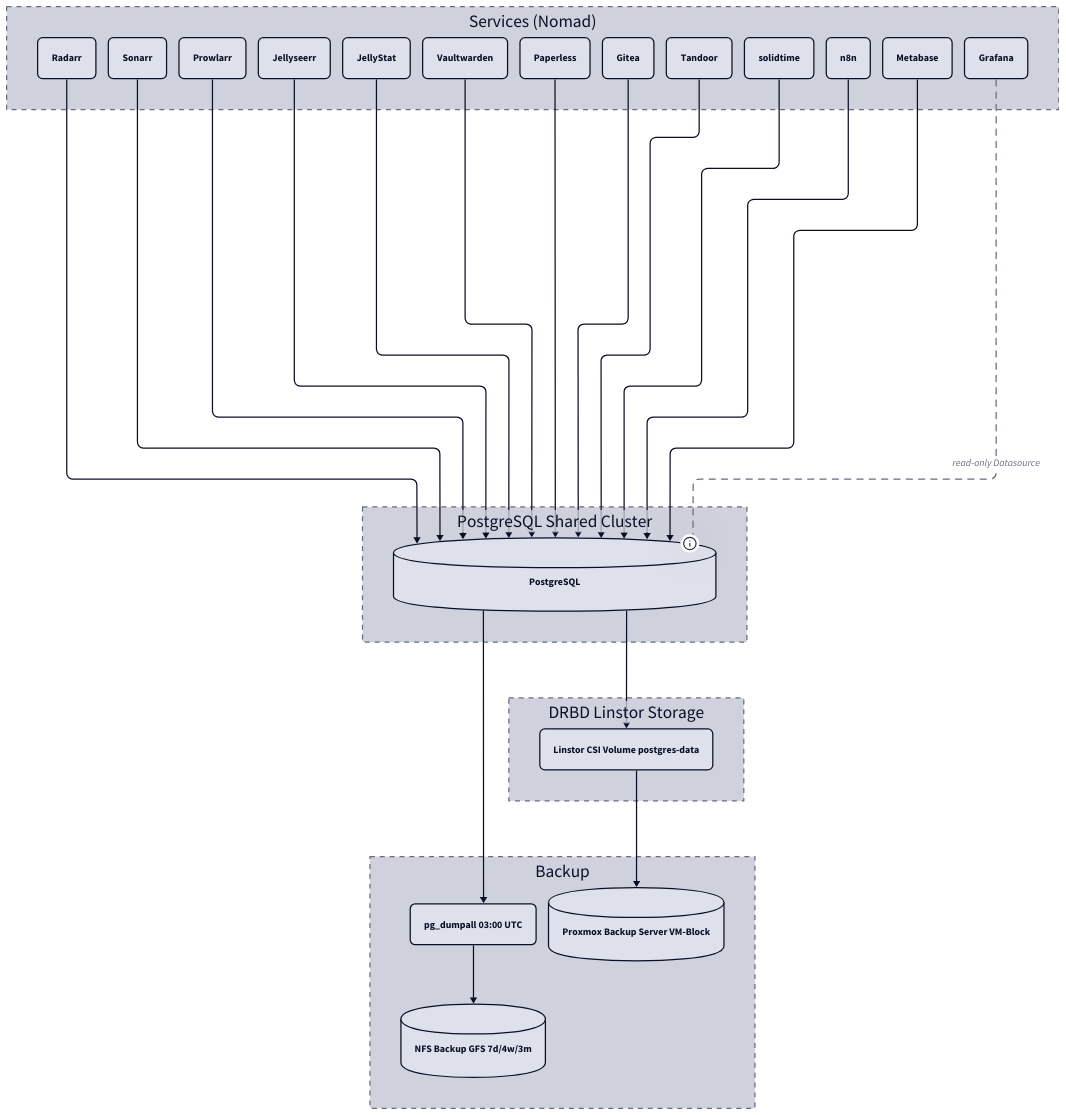
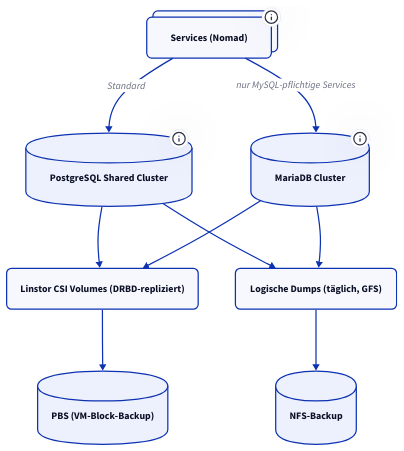
The first of 2 diagrams in docs/_querschnitt/datenbank-architektur.md (derever-labs/homelab-wiki), drawn with D2 before and after one commit. The commit also changed other lines of this file and 4 other files, not shown here.

First line of the commit message:
docs(querschnitt): Diagramme fuer TALA ueberarbeiten (Batch B1) (#102)

````diff
--- a/docs/_querschnitt/datenbank-architektur.md
+++ b/docs/_querschnitt/datenbank-architektur.md
@@ -27,66 +27,35 @@
 ```d2
 direction: down
-vars: {
-  d2-config: {
-    theme-id: 1
-    layout-engine: elk
-  }
+
+Services: "Services (Nomad)" {
+  style: { border-radius: 8; multiple: true }
+  tooltip: "Service-zu-Datenbank-Zuordnung: Referenz Datenbanken"
 }
 
-Services: Services (Nomad) {
-  style.stroke-dash: 4
-  RADAR: Radarr { style.border-radius: 8 }
-  SONAR: Sonarr { style.border-radius: 8 }
-  PROWL: Prowlarr { style.border-radius: 8 }
-  JSEER: Jellyseerr { style.border-radius: 8 }
-  JSTAT: JellyStat { style.border-radius: 8 }
-  VW: Vaultwarden { style.border-radius: 8 }
-  PL: Paperless { style.border-radius: 8 }
-  GT: Gitea { style.border-radius: 8 }
-  TD: Tandoor { style.border-radius: 8 }
-  ST: solidtime { style.border-radius: 8 }
-  N8N: n8n { style.border-radius: 8 }
-  MB: Metabase { style.border-radius: 8 }
-  GR: Grafana { style.border-radius: 8 }
+PG: "PostgreSQL Shared Cluster" {
+  shape: cylinder
+  style.border-radius: 8
+  tooltip: "postgres.service.consul:5432"
 }
 
-Database: PostgreSQL Shared Cluster {
-  style.stroke-dash: 4
-  PG: PostgreSQL {
-    shape: cylinder
-    tooltip: postgres.service.consul:5432
-    style.border-radius: 8
-  }
+MDB: "MariaDB Cluster" {
+  shape: cylinder
+  style.border-radius: 8
+  tooltip: "mariadb.service.consul:3306"
 }
 
-Storage: DRBD Linstor Storage {
-  style.stroke-dash: 4
-  DRBD: Linstor CSI Volume postgres-data { style.border-radius: 8 }
-}
+Storage: "Linstor CSI Volumes (DRBD-repliziert)" { style.border-radius: 8 }
 
-Backup: Backup {
-  style.stroke-dash: 4
-  DUMP: pg_dumpall 03:00 UTC { style.border-radius: 8 }
-  NFS: NFS Backup GFS 7d/4w/3m { shape: cylinder; style.border-radius: 8 }
-  PBS: Proxmox Backup Server VM-Block { shape: cylinder; style.border-radius: 8 }
-}
+Dump: "Logische Dumps (täglich, GFS)" { style.border-radius: 8 }
+NFS: "NFS-Backup" { shape: cylinder; style.border-radius: 8 }
+PBS: "PBS (VM-Block-Backup)" { shape: cylinder; style.border-radius: 8 }
 
-Services.RADAR -> Database.PG
-Services.SONAR -> Database.PG
-Services.PROWL -> Database.PG
-Services.JSEER -> Database.PG
-Services.JSTAT -> Database.PG
-Services.VW -> Database.PG
-Services.PL -> Database.PG
-Services.GT -> Database.PG
-Services.TD -> Database.PG
-Services.ST -> Database.PG
-Services.N8N -> Database.PG
-Services.MB -> Database.PG
-Services.GR -> Database.PG: read-only Datasource { style.stroke-dash: 5 }
-
-Database.PG -> Storage.DRBD
-Database.PG -> Backup.DUMP
-Backup.DUMP -> Backup.NFS
-Storage.DRBD -> Backup.PBS
+Services -> PG: "Standard"
+Services -> MDB: "nur MySQL-pflichtige Services"
+PG -> Storage
+MDB -> Storage
+PG -> Dump
+MDB -> Dump
+Dump -> NFS
+Storage -> PBS
 ```
````
